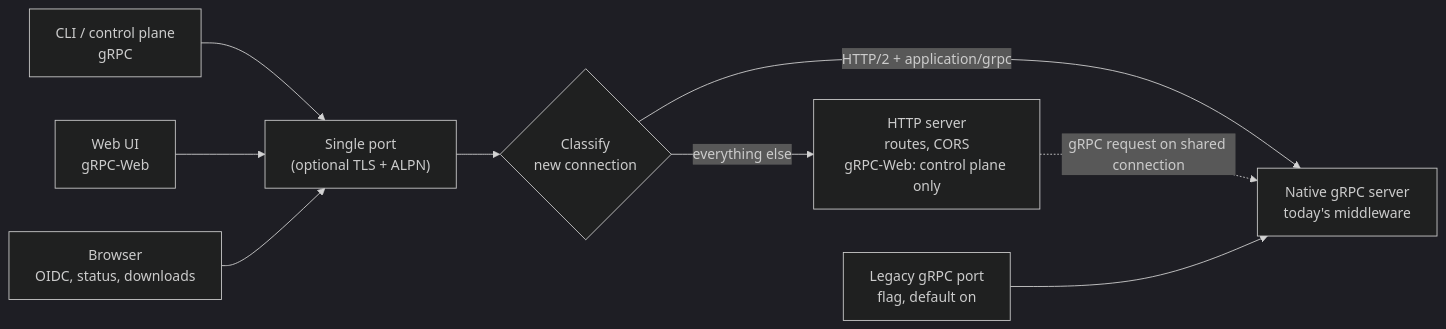
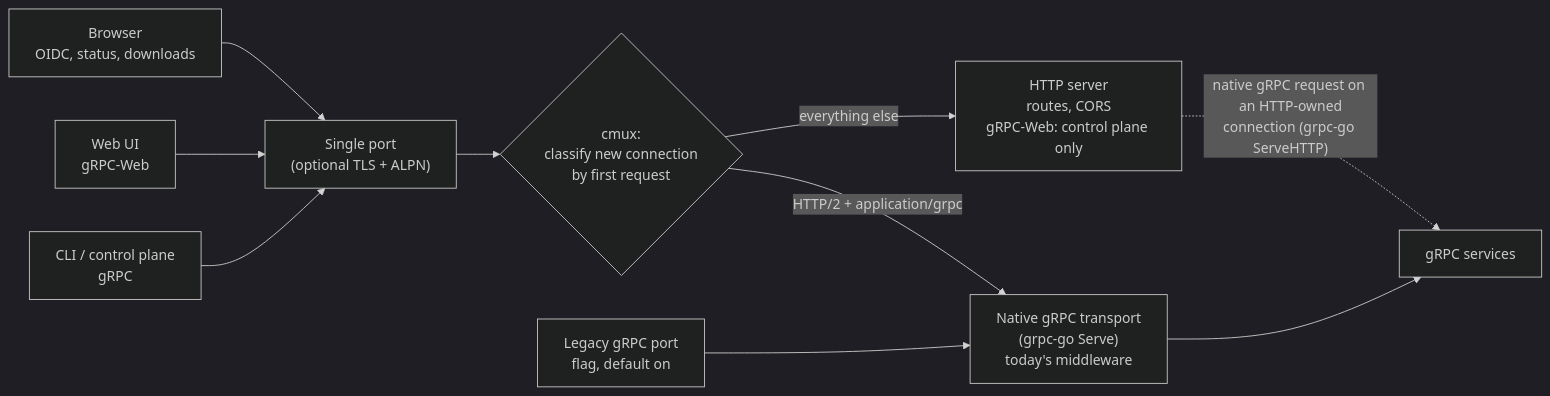
One commit to chainloop-dev/chainloop changed the diagram in docs/specs/issue-3628-single-endpoint.md. Above: the diagram before and after it, drawn with Mermaid (dark theme). The commit also changed other lines of this file and 20 other files, not shown here.

Commit message:
feat(controlplane): serve HTTP and gRPC through one ingress (#3647)

````diff
--- a/docs/specs/issue-3628-single-endpoint.md
+++ b/docs/specs/issue-3628-single-endpoint.md
@@ -120,11 +128,12 @@
 ```mermaid
 flowchart LR
   CLI[CLI / control plane<br/>gRPC] --> L
   UI[Web UI<br/>gRPC-Web] --> L
   B[Browser<br/>OIDC, status, downloads] --> L
-  L["Single port<br/>(optional TLS + ALPN)"] --> C{Classify<br/>new connection}
-  C -- "HTTP/2 + application/grpc" --> G[Native gRPC server<br/>today's middleware]
-  C -- "everything else" --> H[HTTP server<br/>routes, CORS<br/>gRPC-Web: control plane only]
-  H -. "gRPC request on shared connection" .-> G
-  LG[Legacy gRPC port<br/>flag, default on] --> G
+  L["Single port<br/>(optional TLS + ALPN)"] --> C{"cmux:<br/>classify new connection<br/>by first request"}
+  C -- "HTTP/2 + application/grpc" --> T["Native gRPC transport<br/>(grpc-go Serve)<br/>today's middleware"]
+  C -- "everything else" --> H["HTTP server<br/>routes, CORS<br/>gRPC-Web: control plane only"]
+  T --> S["gRPC services"]
+  H -. "native gRPC request on an HTTP-owned<br/>connection (grpc-go ServeHTTP)" .-> S
+  LG["Legacy gRPC port<br/>flag, default on"] --> T
 ```
````
